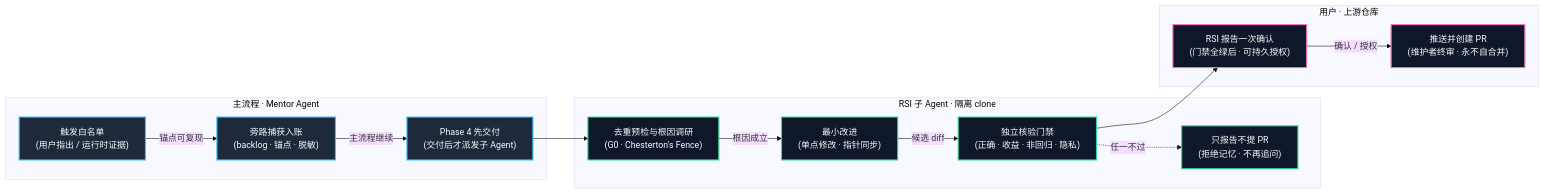
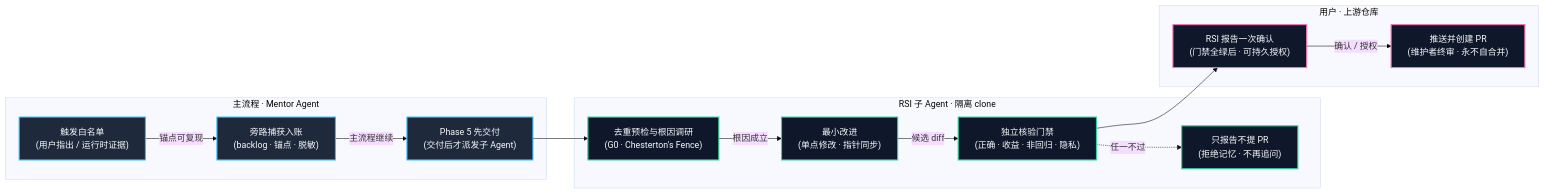
Before and after one commit to ThreeFish-AI/guided-learn: the diagram in assets/mermaid/rsi-self-improvement-hook.mmd, drawn with Mermaid (base theme). The commit also changed 37 other files, not shown here.

```diff
--- a/assets/mermaid/rsi-self-improvement-hook.mmd
+++ b/assets/mermaid/rsi-self-improvement-hook.mmd
@@ -1,31 +1,32 @@
 %% source: references/rsi-hook.md §1 流程总览 (new diagram, no inline predecessor @ HEAD 222b34c)
 %% slug: rsi-self-improvement-hook
 %% type: flowchart LR
 %% derived: archify workflow v2 -> assets/architecture/rsi-self-improvement-hook.html
+%% fix: 交付阶段由 Phase 4 顺延为 Phase 5
 flowchart LR
     subgraph Host["主流程 · Mentor Agent"]
         T["触发白名单<br/>(用户指出 / 运行时证据)"]
         C["旁路捕获入账<br/>(backlog · 锚点 · 脱敏)"]
-        D["Phase 4 先交付<br/>(交付后才派发子 Agent)"]
+        D["Phase 5 先交付<br/>(交付后才派发子 Agent)"]
     end
     subgraph RSI["RSI 子 Agent · 隔离 clone"]
         S1["去重预检与根因调研<br/>(G0 · Chesterton's Fence)"]
         S2["最小改进<br/>(单点修改 · 指针同步)"]
         V["独立核验门禁<br/>(正确 · 收益 · 非回归 · 隐私)"]
         X["只报告不提 PR<br/>(拒绝记忆 · 不再追问)"]
     end
     subgraph Up["用户 · 上游仓库"]
         U["RSI 报告一次确认<br/>(门禁全绿后 · 可持久授权)"]
         P["推送并创建 PR<br/>(维护者终审 · 永不自合并)"]
     end
     T -->|锚点可复现| C -->|主流程继续| D
     D --> S1 -->|根因成立| S2 -->|候选 diff| V
     V --> U -->|确认 / 授权| P
     V -.->|任一不过| X
 
     classDef host fill:#1e293b,stroke:#38bdf8,stroke-width:2px,color:#f8fafc;
     classDef rsi fill:#0f172a,stroke:#34d399,stroke-width:2px,color:#f8fafc;
     classDef up fill:#0f172a,stroke:#f472b6,stroke-width:2px,color:#f8fafc;
     class T,C,D host;
     class S1,S2,V,X rsi;
     class U,P up;
```
